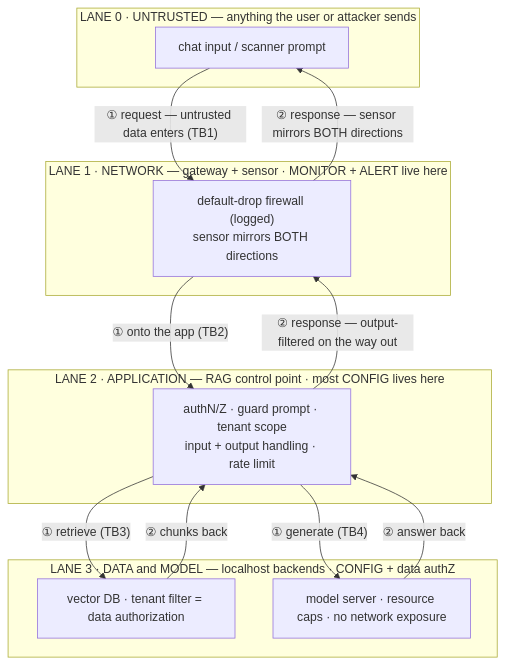
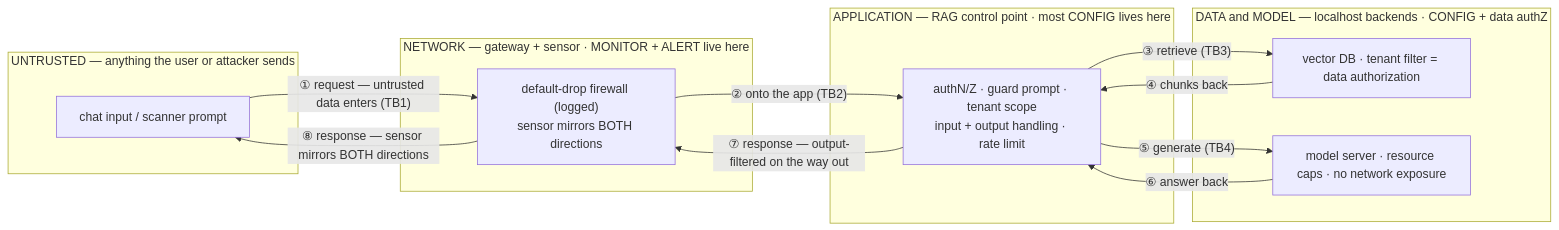
The fifth of 11 diagrams in lab-journal/rag-and-ai-probe.md (ryayres-fox/Security), drawn with Mermaid before and after one commit. The commit also changed other lines of this file and 1 other file, not shown here.

First line of the commit message:
lab-journal: one numbering rule in every diagram, and every flowchart reads left to right

````diff
--- a/lab-journal/rag-and-ai-probe.md
+++ b/lab-journal/rag-and-ai-probe.md
@@ -191,24 +192,24 @@
 ```mermaid
-graph TB
-  subgraph Z0["LANE 0 · UNTRUSTED — anything the user or attacker sends"]
+graph LR
+  subgraph Z0["UNTRUSTED — anything the user or attacker sends"]
     IN["chat input / scanner prompt"]
   end
-  subgraph Z1["LANE 1 · NETWORK — gateway + sensor · MONITOR + ALERT live here"]
+  subgraph Z1["NETWORK — gateway + sensor · MONITOR + ALERT live here"]
     GW["default-drop firewall (logged)<br/>sensor mirrors BOTH directions"]
   end
-  subgraph Z2["LANE 2 · APPLICATION — RAG control point · most CONFIG lives here"]
+  subgraph Z2["APPLICATION — RAG control point · most CONFIG lives here"]
     APP["authN/Z · guard prompt · tenant scope<br/>input + output handling · rate limit"]
   end
-  subgraph Z3["LANE 3 · DATA and MODEL — localhost backends · CONFIG + data authZ"]
+  subgraph Z3["DATA and MODEL — localhost backends · CONFIG + data authZ"]
     QD["vector DB · tenant filter = data authorization"]
     ML["model server · resource caps · no network exposure"]
   end
   IN -->|"① request — untrusted data enters (TB1)"| GW
-  GW -->|"① onto the app (TB2)"| APP
-  APP -->|"① retrieve (TB3)"| QD
-  QD -->|"② chunks back"| APP
-  APP -->|"① generate (TB4)"| ML
-  ML -->|"② answer back"| APP
-  APP -->|"② response — output-filtered on the way out"| GW
-  GW -->|"② response — sensor mirrors BOTH directions"| IN
+  GW -->|"② onto the app (TB2)"| APP
+  APP -->|"③ retrieve (TB3)"| QD
+  QD -->|"④ chunks back"| APP
+  APP -->|"⑤ generate (TB4)"| ML
+  ML -->|"⑥ answer back"| APP
+  APP -->|"⑦ response — output-filtered on the way out"| GW
+  GW -->|"⑧ response — sensor mirrors BOTH directions"| IN
 ```
````
